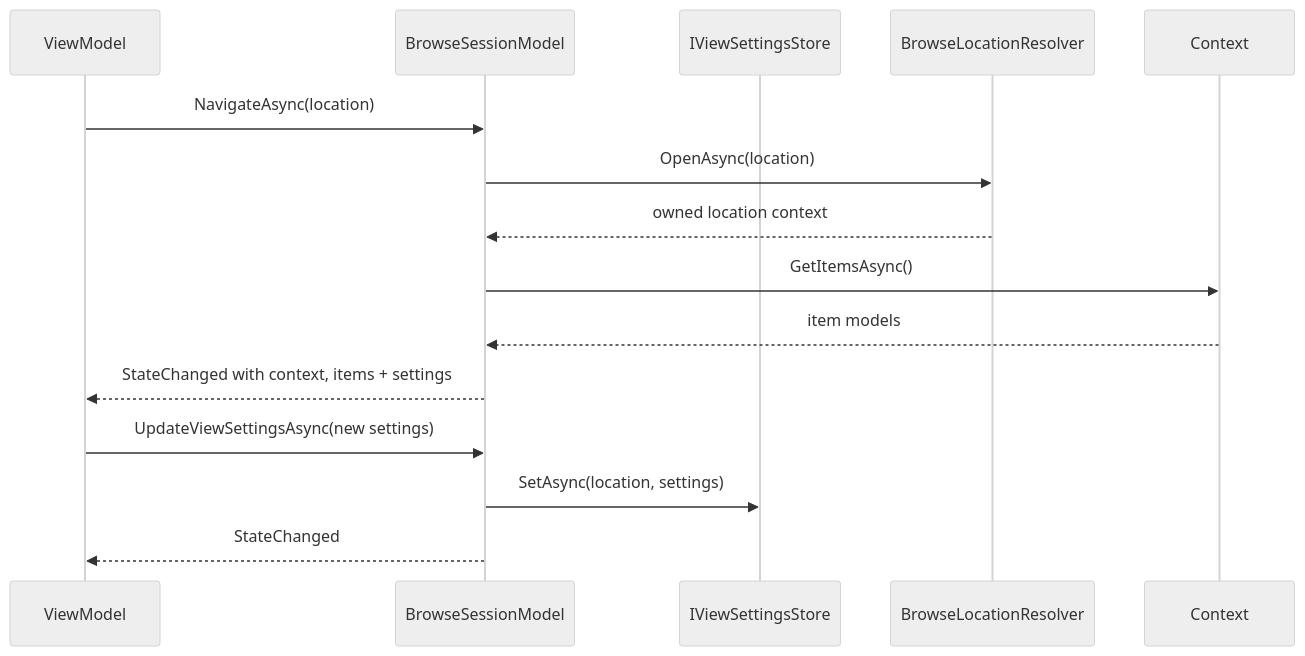
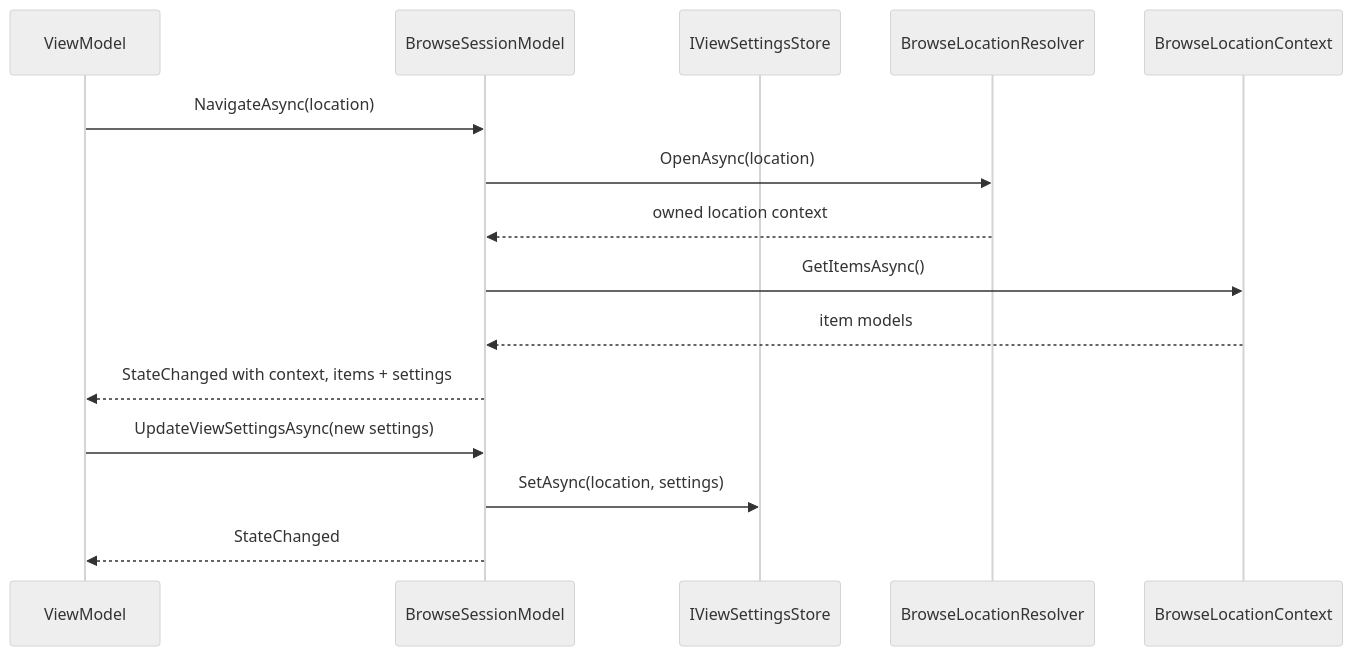
The second of 3 diagrams in docs/architecture/view-settings.md (0x5bfa/Files), drawn with Mermaid (neutral theme) before and after one commit. The commit also changed other lines of this file and 20 other files, not shown here.

````diff
--- a/docs/architecture/view-settings.md
+++ b/docs/architecture/view-settings.md
@@ -40,17 +40,18 @@
 ```mermaid
 sequenceDiagram
     participant VM as ViewModel
     participant Session as BrowseSessionModel
     participant Store as IViewSettingsStore
     participant Resolver as BrowseLocationResolver
+    participant Context as BrowseLocationContext
 
     VM->>Session: NavigateAsync(location)
     Session->>Resolver: OpenAsync(location)
     Resolver-->>Session: owned location context
     Session->>Context: GetItemsAsync()
     Context-->>Session: item models
     Session-->>VM: StateChanged with context, items + settings
     VM->>Session: UpdateViewSettingsAsync(new settings)
     Session->>Store: SetAsync(location, settings)
     Session-->>VM: StateChanged
 ```
````
